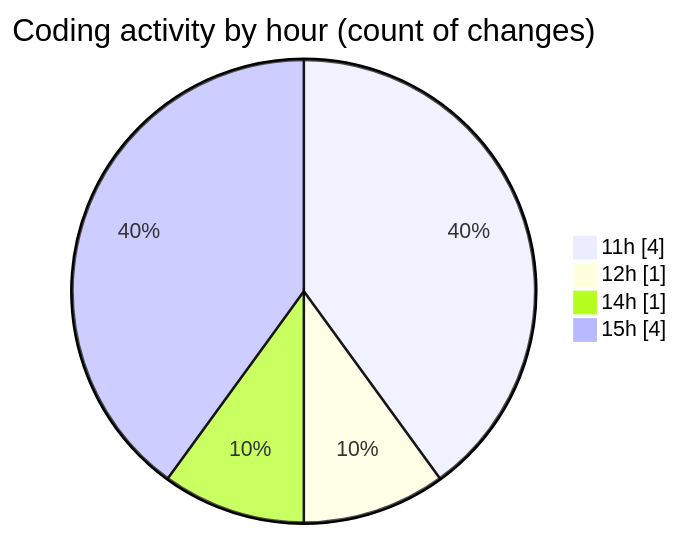
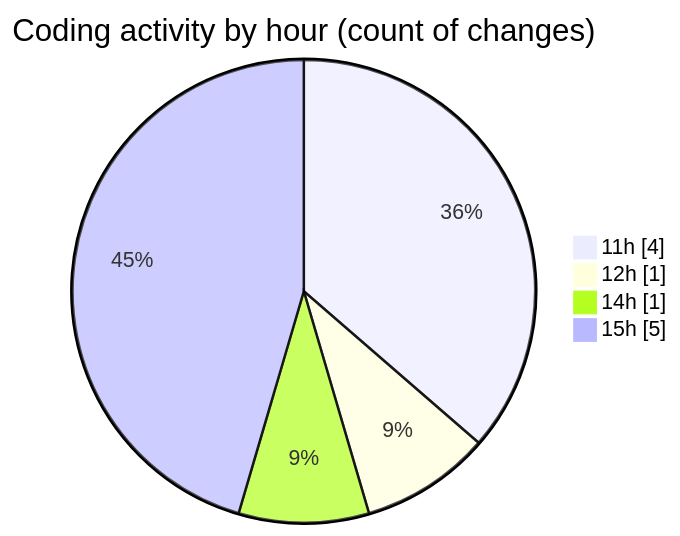
The second of 2 diagrams in 2026-06-08/nxtqube_webapp/README.md (nxtqubesakshisongat/code-tracking), drawn with Mermaid before and after one commit. The commit also changed other lines of this file and 1 other file, not shown here.

````diff
--- a/2026-06-08/nxtqube_webapp/README.md
+++ b/2026-06-08/nxtqube_webapp/README.md
@@ -32,8 +34,8 @@
 ```mermaid
 pie showData
 title Coding activity by hour (count of changes)
 "11h" : 4
 "12h" : 1
 "14h" : 1
-"15h" : 4
+"15h" : 5
 ```
````
